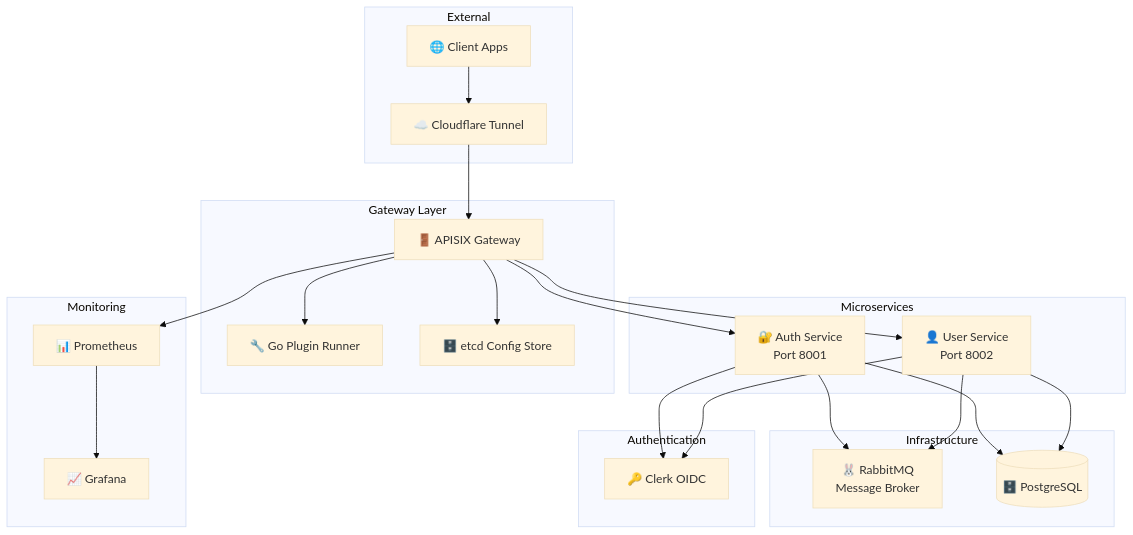
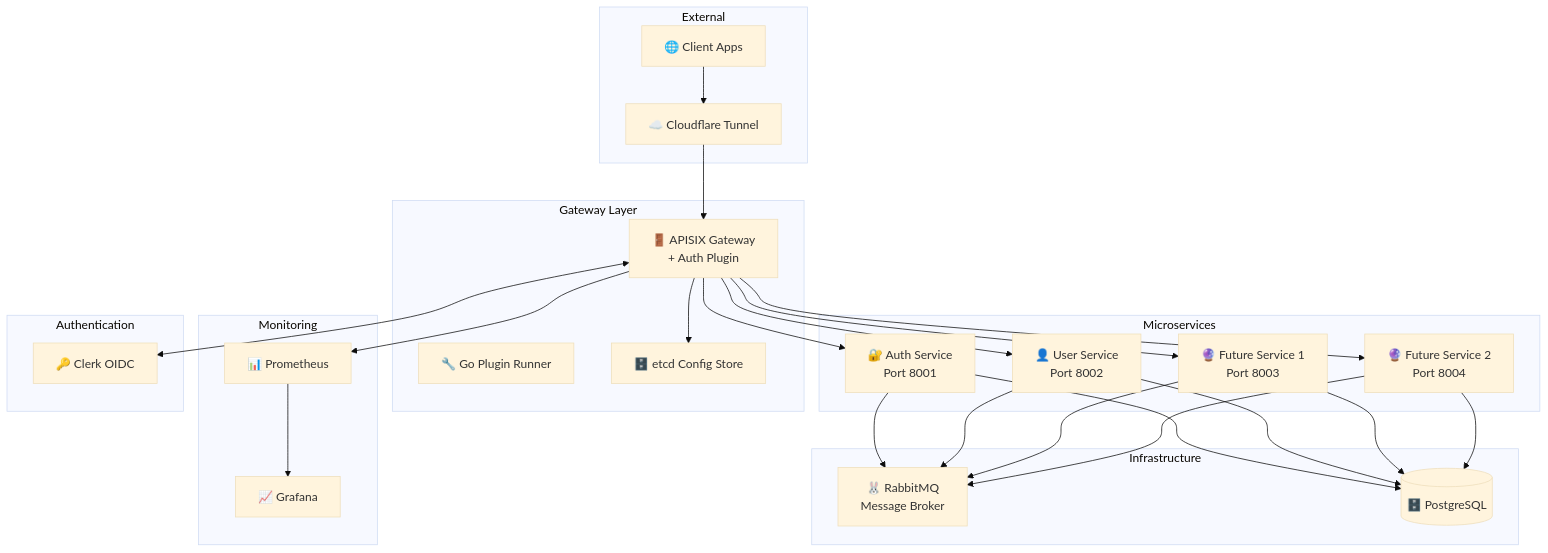
One commit to hoan02/puchi-backend-microservices changed the diagram in README.md. Above: the diagram before and after it, drawn with Mermaid (base theme). The commit also changed other lines of this file, not shown here.

Commit message:
docs: update architecture diagram - Clerk OIDC 2-way with APISIX

````diff
--- a/README.md
+++ b/README.md
@@ -42,51 +42,64 @@
 ```mermaid
 graph TB
     subgraph "External"
         Client[🌐 Client Apps]
         Cloudflare[☁️ Cloudflare Tunnel]
     end
 
     subgraph "Gateway Layer"
-        APISIX[🚪 APISIX Gateway]
+        APISIX[🚪 APISIX Gateway<br/>+ Auth Plugin]
         GoRunner[🔧 Go Plugin Runner]
         etcd[🗄️ etcd Config Store]
     end
 
     subgraph "Microservices"
         AuthService[🔐 Auth Service<br/>Port 8001]
         UserService[👤 User Service<br/>Port 8002]
+        FutureService1[🔮 Future Service 1<br/>Port 8003]
+        FutureService2[🔮 Future Service 2<br/>Port 8004]
     end
 
     subgraph "Infrastructure"
         RabbitMQ[🐰 RabbitMQ<br/>Message Broker]
         PostgreSQL[(🗄️ PostgreSQL)]
     end
 
     subgraph "Monitoring"
         Prometheus[📊 Prometheus]
         Grafana[📈 Grafana]
     end
 
     subgraph "Authentication"
         Clerk[🔑 Clerk OIDC]
     end
 
     Client --> Cloudflare
     Cloudflare --> APISIX
-    APISIX --> GoRunner
+
+    %% Clerk OIDC tương tác 2 chiều với APISIX
+    APISIX <--> Clerk
+
+    %% APISIX route đến các services
     APISIX --> AuthService
     APISIX --> UserService
+    APISIX --> FutureService1
+    APISIX --> FutureService2
 
+    %% Services tương tác với infrastructure
     AuthService --> PostgreSQL
     UserService --> PostgreSQL
+    FutureService1 --> PostgreSQL
+    FutureService2 --> PostgreSQL
+
     AuthService --> RabbitMQ
     UserService --> RabbitMQ
+    FutureService1 --> RabbitMQ
+    FutureService2 --> RabbitMQ
 
+    %% Monitoring
     APISIX --> Prometheus
     Prometheus --> Grafana
 
-    AuthService --> Clerk
-    UserService --> Clerk
-
+    %% Configuration
     APISIX --> etcd
 ```
````
